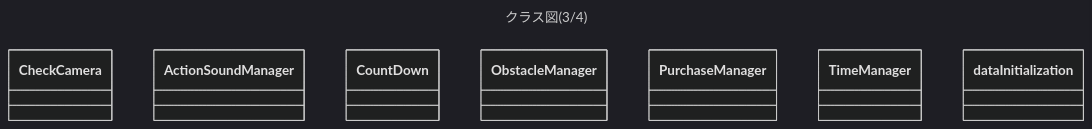
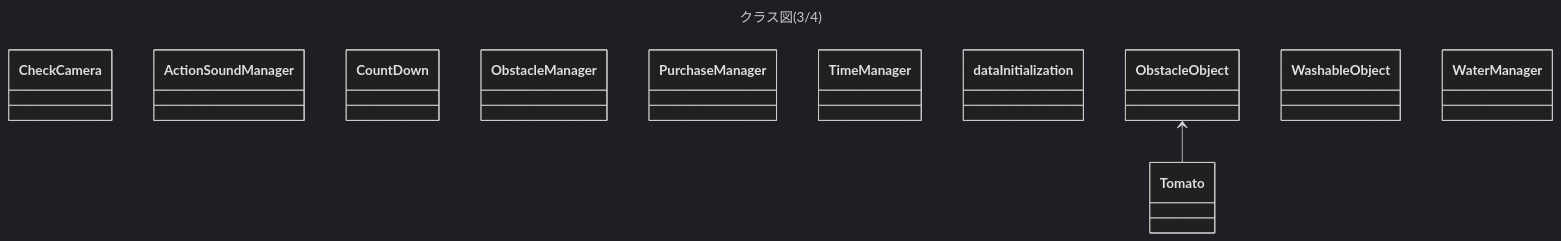
The third of 4 diagrams in README.md (ICHINOMIYA1038/WashTown), drawn with Mermaid (dark theme) before and after one commit.

````diff
--- a/README.md
+++ b/README.md
@@ -139,13 +136,16 @@
 ```mermaid
 ---
 title: クラス図(3/4)
 ---
     classDiagram
     class CheckCamera
     class ActionSoundManager
     class CountDown
     class ObstacleManager
     class PurchaseManager
     class TimeManager
     class dataInitialization
+        ObstacleObject <-- Tomato
+    class WashableObject
+    class WaterManager
 ```
````
